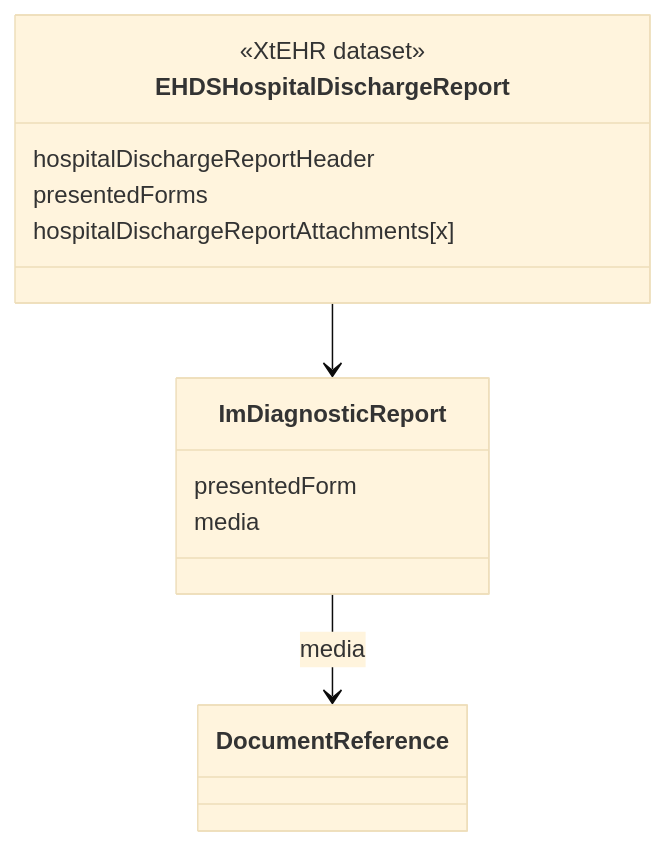
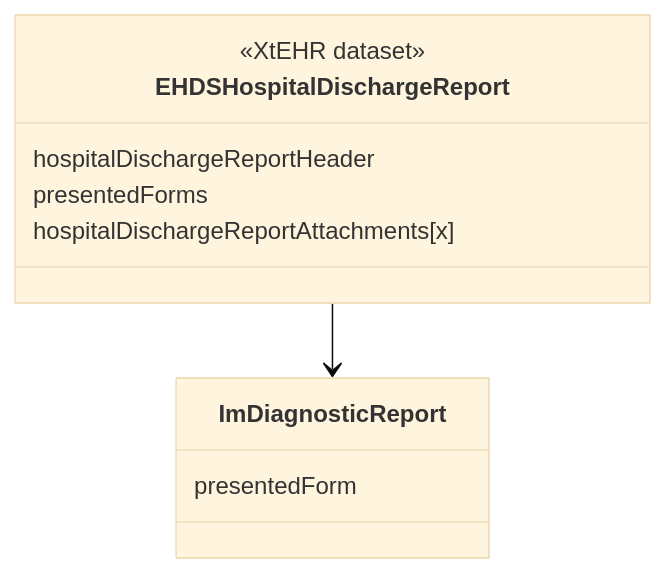
Before and after one commit to oijauregui/ehdsimaging: the diagram in input/intro-notes/ConceptMap-EHDSHospitalDischargeReportMap-intro.md, drawn with Mermaid (base theme). The commit also changed 42 other files, not shown here.

````diff
--- a/input/intro-notes/ConceptMap-EHDSHospitalDischargeReportMap-intro.md
+++ b/input/intro-notes/ConceptMap-EHDSHospitalDischargeReportMap-intro.md
@@ -5,16 +5,14 @@
 ```mermaid
 classDiagram
 class EHDSHospitalDischargeReport {
   <<XtEHR dataset>>
   hospitalDischargeReportHeader
   presentedForms
   hospitalDischargeReportAttachments[x]
 }
 class ImDiagnosticReport{
   presentedForm
-  media
 }
 
 EHDSHospitalDischargeReport --> ImDiagnosticReport
-ImDiagnosticReport --> DocumentReference : media
 ```
````
